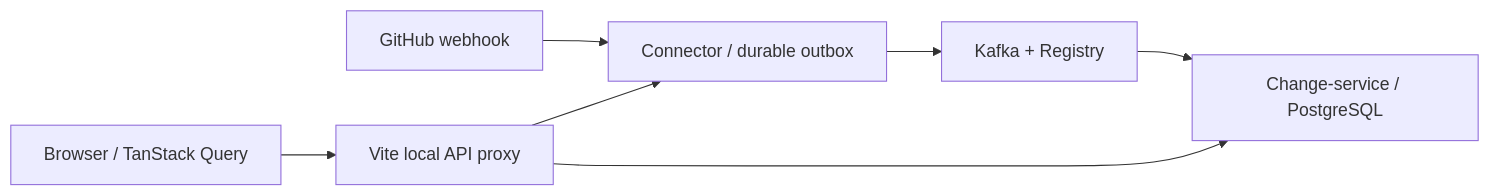
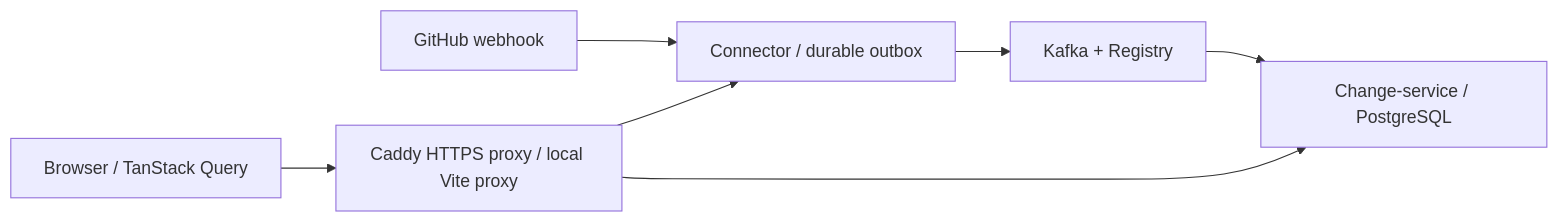
One commit to ChangeGuardHQ/changuard-platform changed the diagram in frontend/README.md. Above: the diagram before and after it, drawn with Mermaid. The commit also changed other lines of this file and 18 other files, not shown here.

````diff
--- a/frontend/README.md
+++ b/frontend/README.md
@@ -55,9 +77,9 @@
 ```mermaid
 flowchart LR
     GitHub[GitHub webhook] --> Connector[Connector / durable outbox]
     Connector --> Kafka[Kafka + Registry]
     Kafka --> Change[Change-service / PostgreSQL]
-    Browser[Browser / TanStack Query] --> Proxy[Vite local API proxy]
+    Browser[Browser / TanStack Query] --> Proxy[Caddy HTTPS proxy / local Vite proxy]
     Proxy --> Change
     Proxy --> Connector
 ```
````
